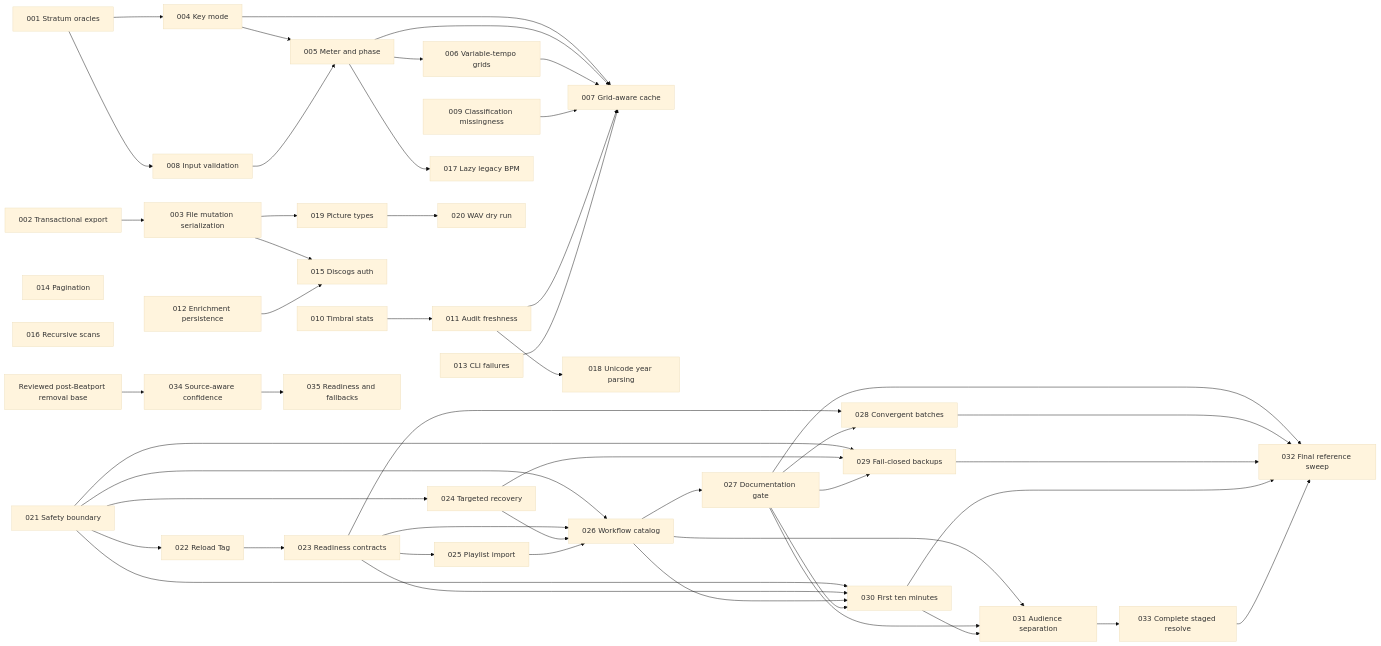
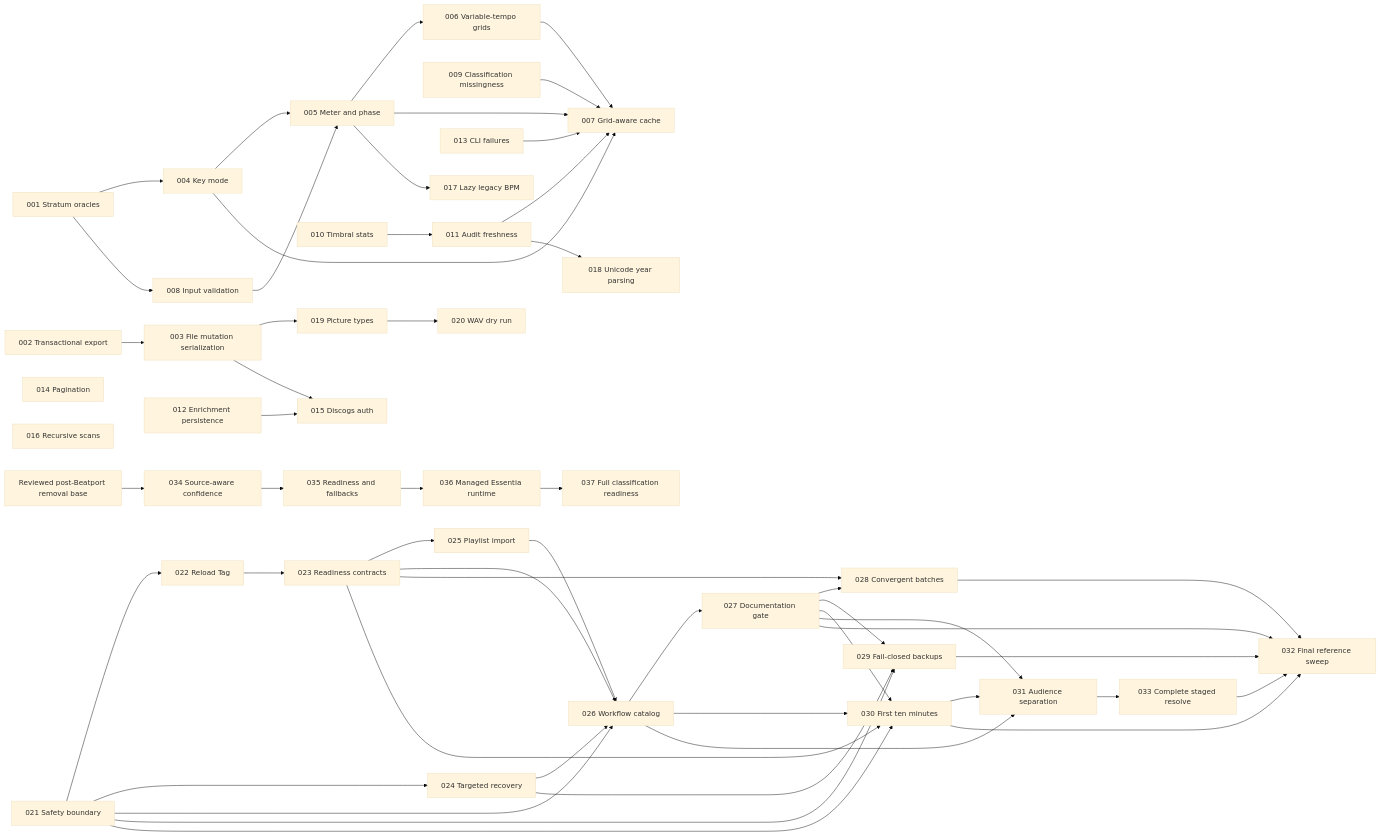
Before and after one commit to ryan-voitiskis/reklawdbox: the diagram in plans/README.md, drawn with Mermaid (base theme). The commit also changed other lines of this file and 2 other files, not shown here.

Commit message:
docs(plans): close Essentia readiness migration

````diff
--- a/plans/README.md
+++ b/plans/README.md
@@ -150,59 +171,61 @@
 ```mermaid
 flowchart LR
     P001["001 Stratum oracles"] --> P004["004 Key mode"]
     P004 --> P005["005 Meter and phase"]
     P008["008 Input validation"] --> P005
     P005 --> P006["006 Variable-tempo grids"]
     P004 --> P007["007 Grid-aware cache"]
     P005 --> P007
     P006 --> P007
     P009["009 Classification missingness"] --> P007
     P010["010 Timbral stats"] --> P011["011 Audit freshness"]
     P011 --> P007
     P013["013 CLI failures"] --> P007
 
     P001 --> P008
     P005 --> P017["017 Lazy legacy BPM"]
 
     P002["002 Transactional export"] --> P003["003 File mutation serialization"]
     P003 --> P019["019 Picture types"]
     P019 --> P020["020 WAV dry run"]
 
     P011 --> P018["018 Unicode year parsing"]
     P003 --> P015["015 Discogs auth"]
     P012["012 Enrichment persistence"] --> P015
 
     P014["014 Pagination"]
     P016["016 Recursive scans"]
 
     P021["021 Safety boundary"] --> P022["022 Reload Tag"]
     P021 --> P024["024 Targeted recovery"]
     P022 --> P023["023 Readiness contracts"]
     P023 --> P025["025 Playlist import"]
     P021 --> P026["026 Workflow catalog"]
     P023 --> P026
     P024 --> P026
     P025 --> P026
     P026 --> P027["027 Documentation gate"]
     P023 --> P028["028 Convergent batches"]
     P027 --> P028
     P021 --> P029["029 Fail-closed backups"]
     P024 --> P029
     P027 --> P029
     P021 --> P030["030 First ten minutes"]
     P023 --> P030
     P026 --> P030
     P027 --> P030
     P026 --> P031["031 Audience separation"]
     P027 --> P031
     P030 --> P031
     P027 --> P032["032 Final reference sweep"]
     P028 --> P032
     P029 --> P032
     P030 --> P032
     P031 --> P033["033 Complete staged resolve"]
     P033 --> P032
 
     REMOVAL["Reviewed post-Beatport removal base"] --> P034["034 Source-aware confidence"]
     P034 --> P035["035 Readiness and fallbacks"]
+    P035 --> P036["036 Managed Essentia runtime"]
+    P036 --> P037["037 Full classification readiness"]
 ```
````
